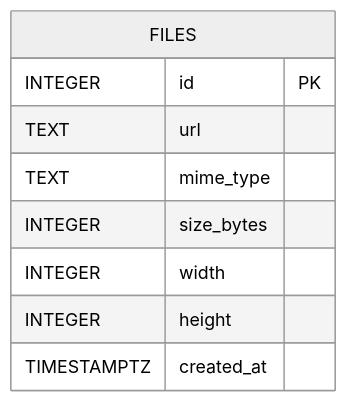
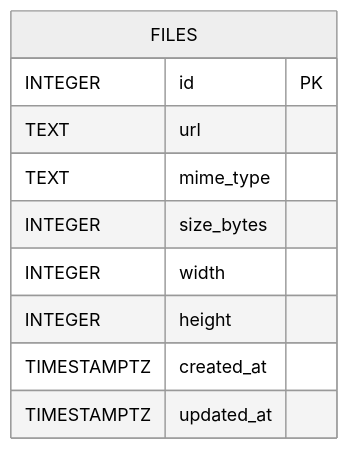
One commit to go-park-mail-ru/2025_2_FiveCode changed the second of 12 diagrams in db/normalized/relations.md. Above: the diagram before and after it, drawn with Mermaid (neutral theme). The commit also changed other lines of this file and 2 other files, not shown here.

````diff
--- a/db/normalized/relations.md
+++ b/db/normalized/relations.md
@@ -63,12 +64,13 @@
 ```mermaid
 erDiagram
-  FILES {
-    INTEGER id PK
-    TEXT url
-    TEXT mime_type
-    INTEGER size_bytes
-    INTEGER width
-    INTEGER height
-    TIMESTAMPTZ created_at
-  }
+    FILES {
+        INTEGER id PK
+        TEXT url
+        TEXT mime_type
+        INTEGER size_bytes
+        INTEGER width
+        INTEGER height
+        TIMESTAMPTZ created_at
+        TIMESTAMPTZ updated_at
+    }
 ```
````
